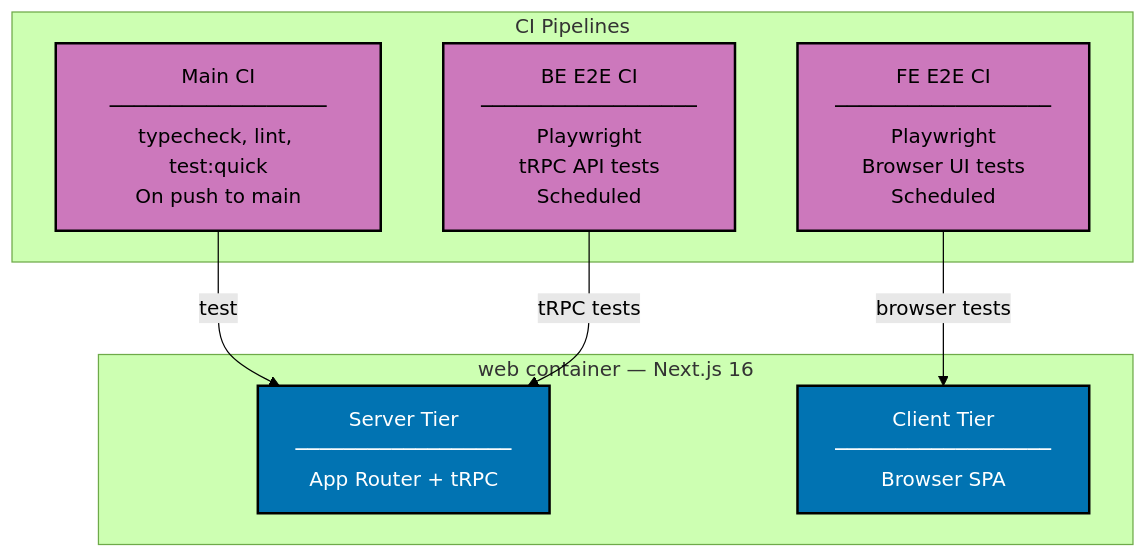
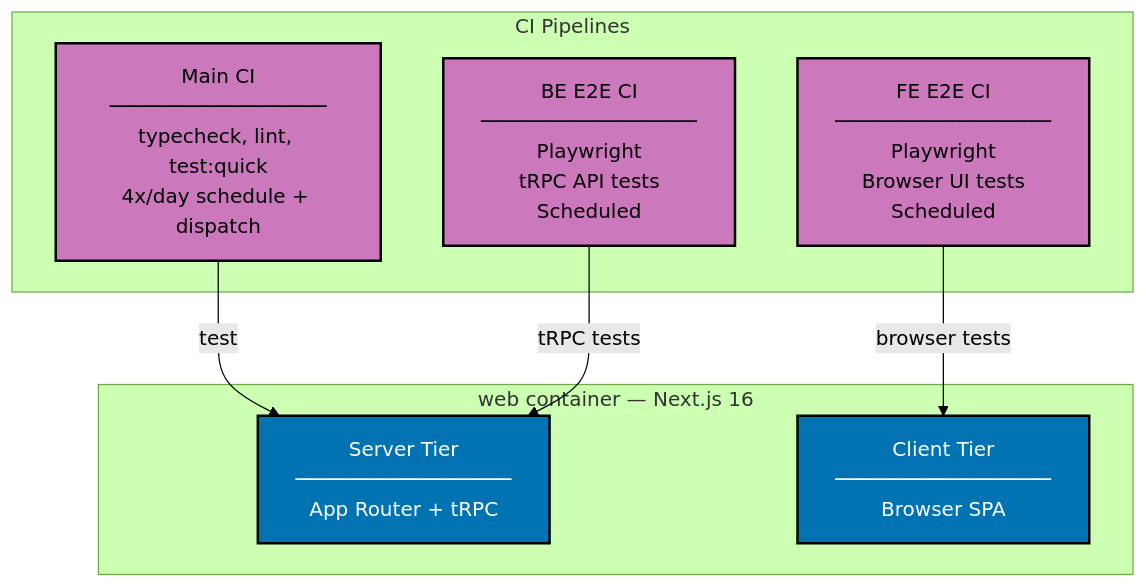
The second of 2 diagrams in specs/apps/ayokoding/containers/container.md (wahidyankf/baseerah), drawn with Mermaid (forest theme) before and after one commit. The commit also changed 80 other files, not shown here.

````diff
--- a/specs/apps/ayokoding/containers/container.md
+++ b/specs/apps/ayokoding/containers/container.md
@@ -81,25 +81,25 @@
 ```mermaid
 %% Color Palette: Blue #0173B2 | Orange #DE8F05 | Teal #029E73 | Purple #CC78BC | Brown #CA9161 | Gray #808080
 graph TD
     subgraph CICD["CI Pipelines"]
-        MAIN_CI["Main CI<br/>──────────────────<br/>typecheck, lint, test:quick<br/>On push to main"]:::ci
+        MAIN_CI["Main CI<br/>──────────────────<br/>typecheck, lint, test:quick<br/>4x/day schedule + dispatch"]:::ci
 
         BE_E2E["BE E2E CI<br/>──────────────────<br/>Playwright<br/>tRPC API tests<br/>Scheduled"]:::ci
 
         FE_E2E["FE E2E CI<br/>──────────────────<br/>Playwright<br/>Browser UI tests<br/>Scheduled"]:::ci
     end
 
     subgraph WEB_CONTAINER["web container — Next.js 16"]
         SSR["Server Tier<br/>──────────────────<br/>App Router + tRPC"]:::container_be
 
         CLIENT["Client Tier<br/>──────────────────<br/>Browser SPA"]:::container_fe
     end
 
     MAIN_CI -->|"test"| SSR
     BE_E2E -->|"tRPC tests"| SSR
     FE_E2E -->|"browser tests"| CLIENT
 
     classDef container_be fill:#0173B2,stroke:#000000,color:#FFFFFF,stroke-width:2px
     classDef container_fe fill:#0173B2,stroke:#000000,color:#FFFFFF,stroke-width:2px
     classDef ci fill:#CC78BC,stroke:#000000,color:#000000,stroke-width:2px
 ```
````
